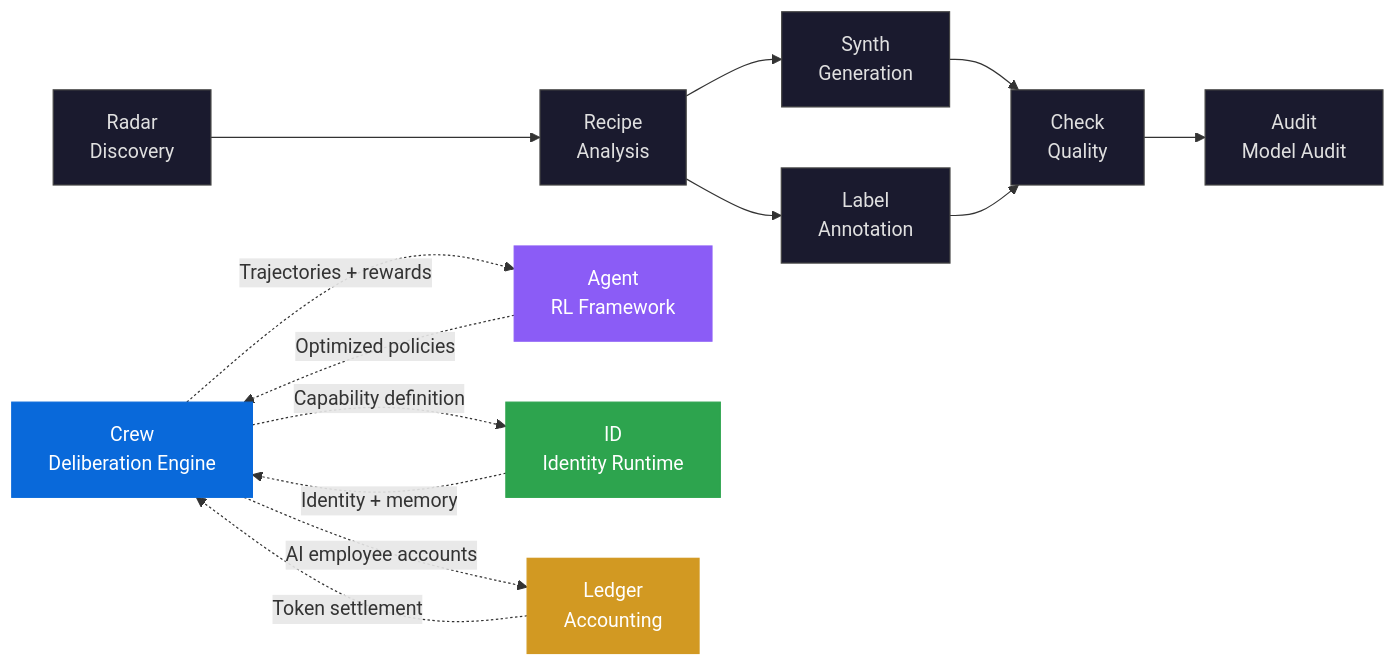
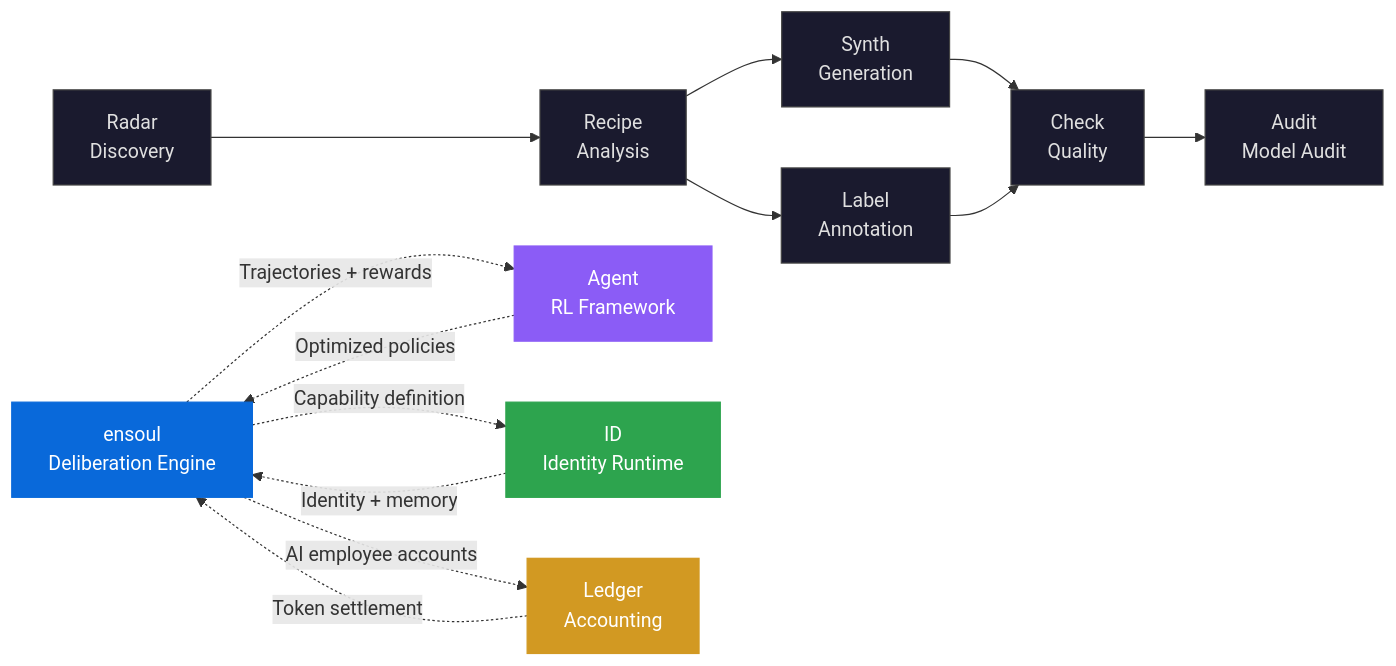
Before and after one commit to liuxiaotong/ensoul: the third of 3 diagrams in README.md, drawn with Mermaid. The commit also changed other lines of this file and 1 other file, not shown here.

First line of the commit message:
docs: rebrand framework references from Crew to ensoul in READMEs (#3)

````diff
--- a/README.md
+++ b/README.md
@@ -1168,30 +1171,30 @@
 ```mermaid
 graph LR
     Radar["Radar<br/>Discovery"] --> Recipe["Recipe<br/>Analysis"]
     Recipe --> Synth["Synth<br/>Generation"]
     Recipe --> Label["Label<br/>Annotation"]
     Synth --> Check["Check<br/>Quality"]
     Label --> Check
     Check --> Audit["Audit<br/>Model Audit"]
-    Crew["Crew<br/>Deliberation Engine"]
+    Ensoul["ensoul<br/>Deliberation Engine"]
     Agent["Agent<br/>RL Framework"]
     ID["ID<br/>Identity Runtime"]
-    Crew -.->|Capability definition| ID
-    ID -.->|Identity + memory| Crew
-    Crew -.->|Trajectories + rewards| Agent
-    Agent -.->|Optimized policies| Crew
+    Ensoul -.->|Capability definition| ID
+    ID -.->|Identity + memory| Ensoul
+    Ensoul -.->|Trajectories + rewards| Agent
+    Agent -.->|Optimized policies| Ensoul
     Ledger["Ledger<br/>Accounting"]
-    Crew -.->|AI employee accounts| Ledger
-    Ledger -.->|Token settlement| Crew
+    Ensoul -.->|AI employee accounts| Ledger
+    Ledger -.->|Token settlement| Ensoul
 
-    style Crew fill:#0969da,color:#fff,stroke:#0969da
+    style Ensoul fill:#0969da,color:#fff,stroke:#0969da
     style Ledger fill:#d29922,color:#fff,stroke:#d29922
     style ID fill:#2da44e,color:#fff,stroke:#2da44e
     style Agent fill:#8b5cf6,color:#fff,stroke:#8b5cf6
     style Radar fill:#1a1a2e,color:#e0e0e0,stroke:#444
     style Recipe fill:#1a1a2e,color:#e0e0e0,stroke:#444
     style Synth fill:#1a1a2e,color:#e0e0e0,stroke:#444
     style Label fill:#1a1a2e,color:#e0e0e0,stroke:#444
     style Check fill:#1a1a2e,color:#e0e0e0,stroke:#444
     style Audit fill:#1a1a2e,color:#e0e0e0,stroke:#444
 ```
````
